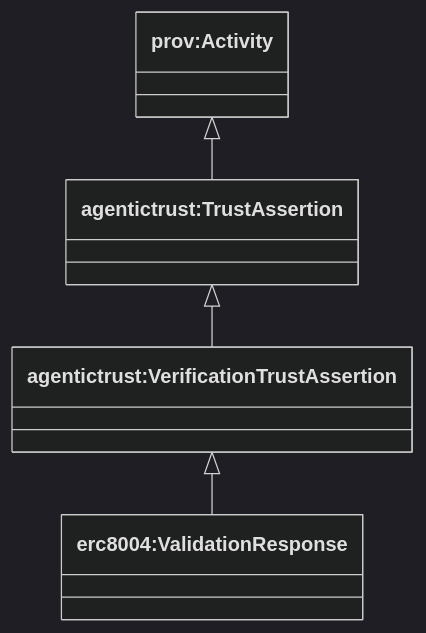
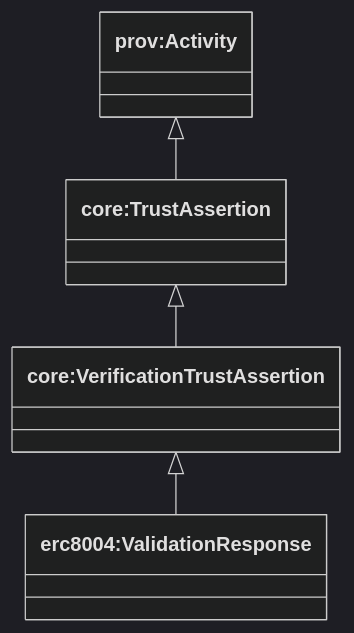
Before and after one commit to Agentic-Trust-Layer/agent-explorer: the first of 2 diagrams in docs/ontology/verificationassertion.md, drawn with Mermaid (dark theme). The commit also changed other lines of this file and 49 other files, not shown here.

````diff
--- a/docs/ontology/verificationassertion.md
+++ b/docs/ontology/verificationassertion.md
@@ -7,13 +7,13 @@
 ```mermaid
 classDiagram
 direction TB
 
 class provActivity["prov:Activity"]
-class TrustAssertion["agentictrust:TrustAssertion"]
-class VerificationAssertion["agentictrust:VerificationTrustAssertion"]
+class TrustAssertion["core:TrustAssertion"]
+class VerificationAssertion["core:VerificationTrustAssertion"]
 class ValidationResponse["erc8004:ValidationResponse"]
 
 provActivity <|-- TrustAssertion
 TrustAssertion <|-- VerificationAssertion
 VerificationAssertion <|-- ValidationResponse
 ```
````
